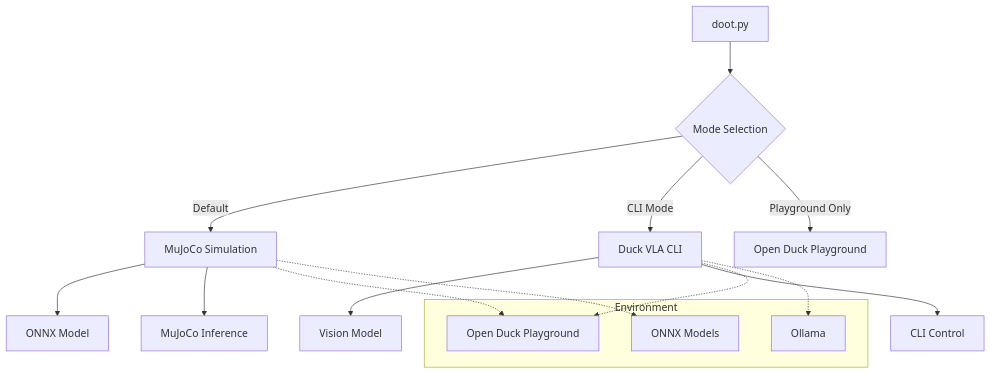
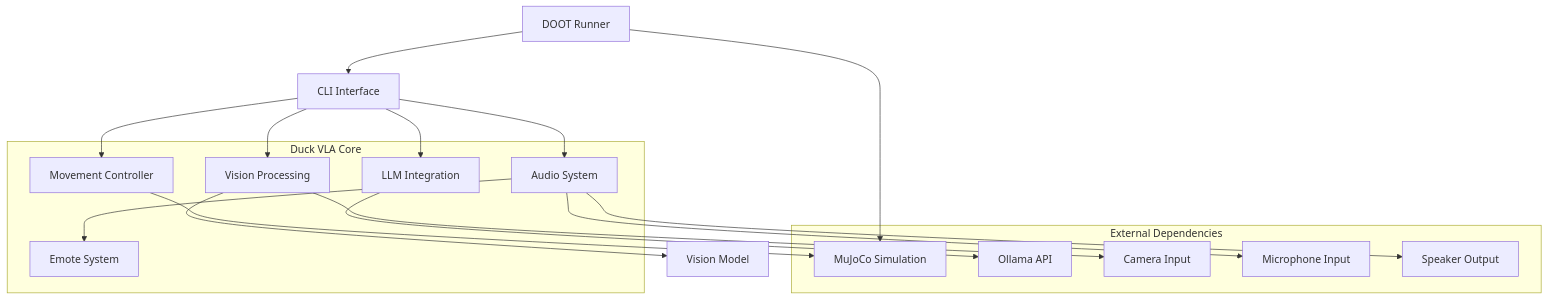
The first of 3 diagrams in README.md (Aronnaxx/d00t), drawn with Mermaid before and after one commit. The commit also changed other lines of this file and 8 other files, not shown here.

````diff
--- a/README.md
+++ b/README.md
@@ -60,24 +9,37 @@
 ```mermaid
 graph TD
-    A[doot.py] --> B{Mode Selection}
-    B -->|Default| C[MuJoCo Simulation]
-    B -->|CLI Mode| D[Duck VLA CLI]
-    B -->|Playground Only| E[Open Duck Playground]
+    DOOT[DOOT Runner] --> CLI[CLI Interface]
+    DOOT --> Mujoco[MuJoCo Simulation]
     
-    C --> F[ONNX Model]
-    C --> G[MuJoCo Inference]
+    CLI --> LLM[LLM Integration]
+    CLI --> Movement[Movement Controller]
+    CLI --> Audio[Audio System]
+    CLI --> Vision[Vision Processing]
     
-    D --> H[Vision Model]
-    D --> I[CLI Control]
+    LLM --> Ollama[Ollama API]
     
-    subgraph Environment
-        J[Open Duck Playground]
-        K[Ollama]
-        L[ONNX Models]
+    Movement --> Mujoco
+    
+    Vision --> Camera[Camera Input]
+    Vision --> VisionModel[Vision Model]
+    
+    Audio --> Microphone[Microphone Input]
+    Audio --> Speaker[Speaker Output]
+    Audio --> Emotes[Emote System]
+    
+    subgraph "Duck VLA Core"
+        LLM
+        Movement
+        Audio
+        Vision
+        Emotes
     end
     
-    C -.-> J
-    D -.-> J
-    D -.-> K
-    C -.-> L
+    subgraph "External Dependencies"
+        Ollama
+        Mujoco
+        Camera
+        Microphone
+        Speaker
+    end
 ```
````
